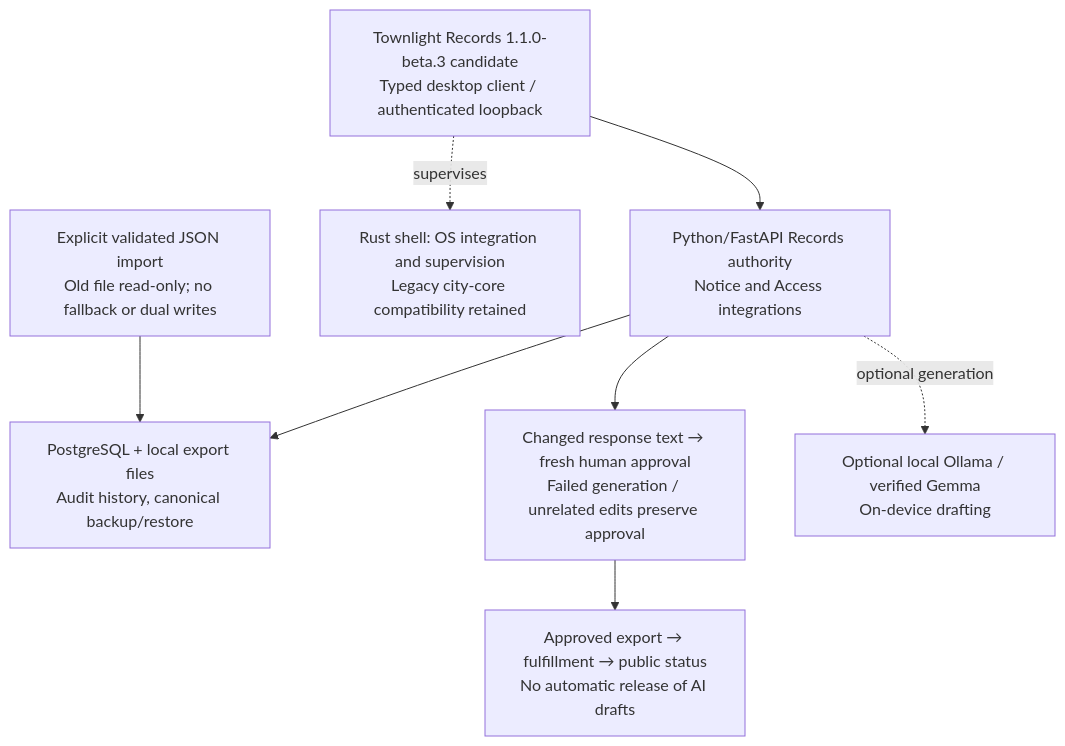
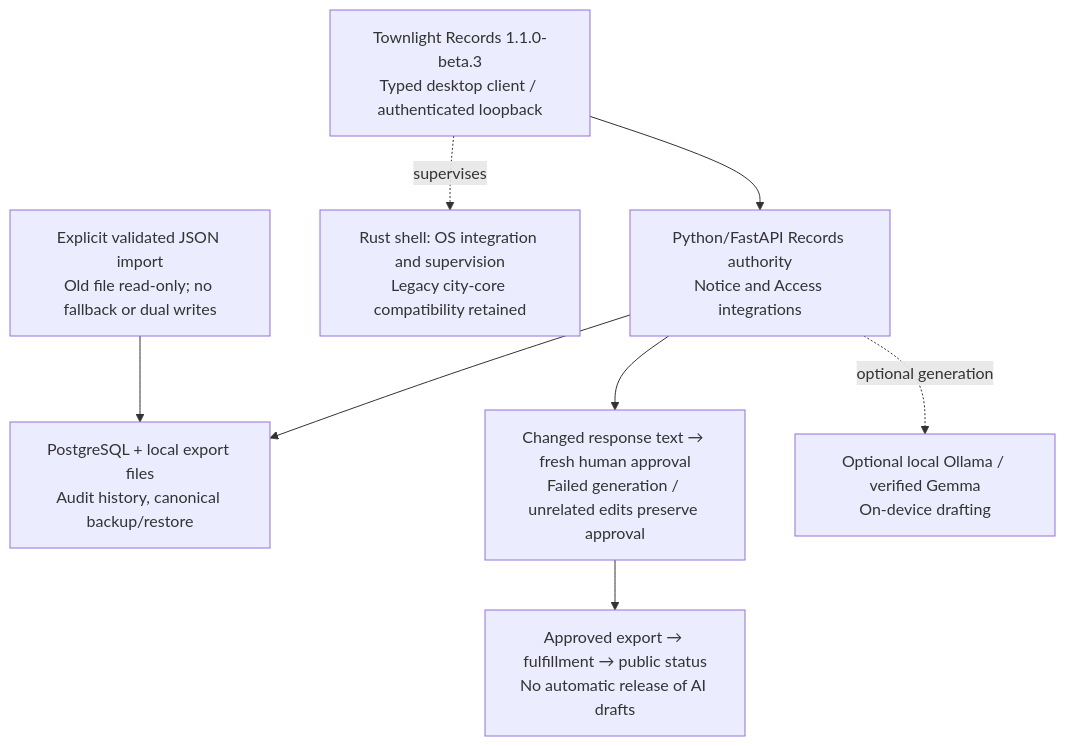
Before and after one commit to townlight/townlight: the diagram in docs/diagrams/suite-architecture.mmd, drawn with Mermaid. The commit also changed 21 other files, not shown here.

Commit message:
docs: publish Records beta.3 signed acceptance and operator guidance

```diff
--- a/docs/diagrams/suite-architecture.mmd
+++ b/docs/diagrams/suite-architecture.mmd
@@ -1,15 +1,15 @@
 flowchart TB
-    UI["Townlight Records 1.1.0-beta.3 candidate<br/>Typed desktop client / authenticated loopback"]
+    UI["Townlight Records 1.1.0-beta.3<br/>Typed desktop client / authenticated loopback"]
     Domain["Python/FastAPI Records authority<br/>Notice and Access integrations"]
     State["PostgreSQL + local export files<br/>Audit history, canonical backup/restore"]
     Review["Changed response text → fresh human approval<br/>Failed generation / unrelated edits preserve approval"]
     Release["Approved export → fulfillment → public status<br/>No automatic release of AI drafts"]
     Runtime["Rust shell: OS integration and supervision<br/>Legacy city-core compatibility retained"]
     Import["Explicit validated JSON import<br/>Old file read-only; no fallback or dual writes"]
     AI["Optional local Ollama / verified Gemma<br/>On-device drafting"]
     UI --> Domain
     Domain --> State
     Import --> State
     Domain --> Review --> Release
     UI -. supervises .-> Runtime
     Domain -. optional generation .-> AI
```
